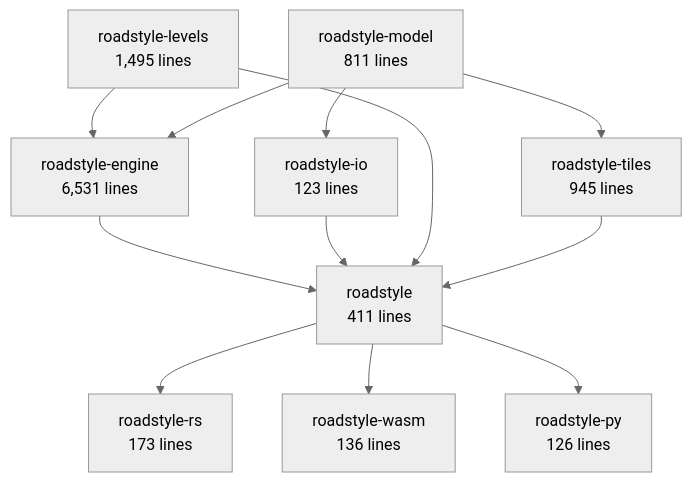
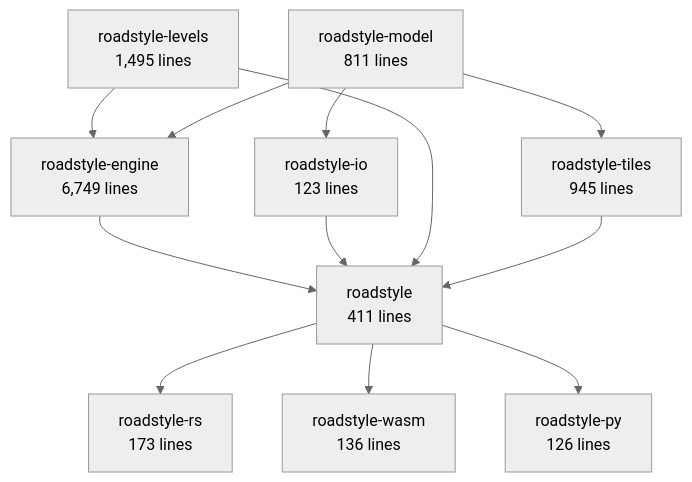
The second of 6 diagrams in docs/rust/architecture.md (Khoshkhah/roadstyle), drawn with Mermaid (neutral theme) before and after one commit. The commit also changed other lines of this file and 6 other files, not shown here.

````diff
--- a/docs/rust/architecture.md
+++ b/docs/rust/architecture.md
@@ -69,23 +69,23 @@
 ```mermaid
 flowchart TB
     roadstyle_model["roadstyle-model<br/>811 lines"]
     roadstyle_io["roadstyle-io<br/>123 lines"]
     roadstyle_levels["roadstyle-levels<br/>1,495 lines"]
-    roadstyle_engine["roadstyle-engine<br/>6,531 lines"]
+    roadstyle_engine["roadstyle-engine<br/>6,749 lines"]
     roadstyle_tiles["roadstyle-tiles<br/>945 lines"]
     roadstyle["roadstyle<br/>411 lines"]
     roadstyle_rs["roadstyle-rs<br/>173 lines"]
     roadstyle_wasm["roadstyle-wasm<br/>136 lines"]
     roadstyle_py["roadstyle-py<br/>126 lines"]
     roadstyle_model --> roadstyle_io
     roadstyle_levels --> roadstyle_engine
     roadstyle_model --> roadstyle_engine
     roadstyle_model --> roadstyle_tiles
     roadstyle_engine --> roadstyle
     roadstyle_io --> roadstyle
     roadstyle_levels --> roadstyle
     roadstyle_tiles --> roadstyle
     roadstyle --> roadstyle_rs
     roadstyle --> roadstyle_wasm
     roadstyle --> roadstyle_py
 ```
````
